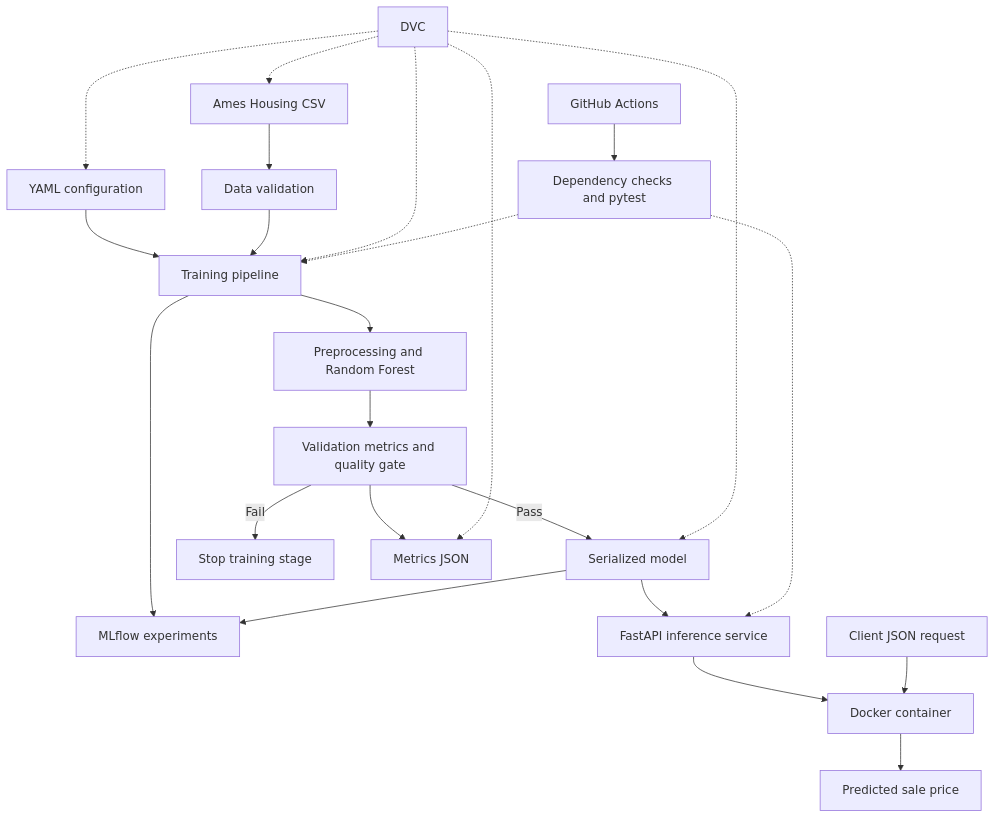
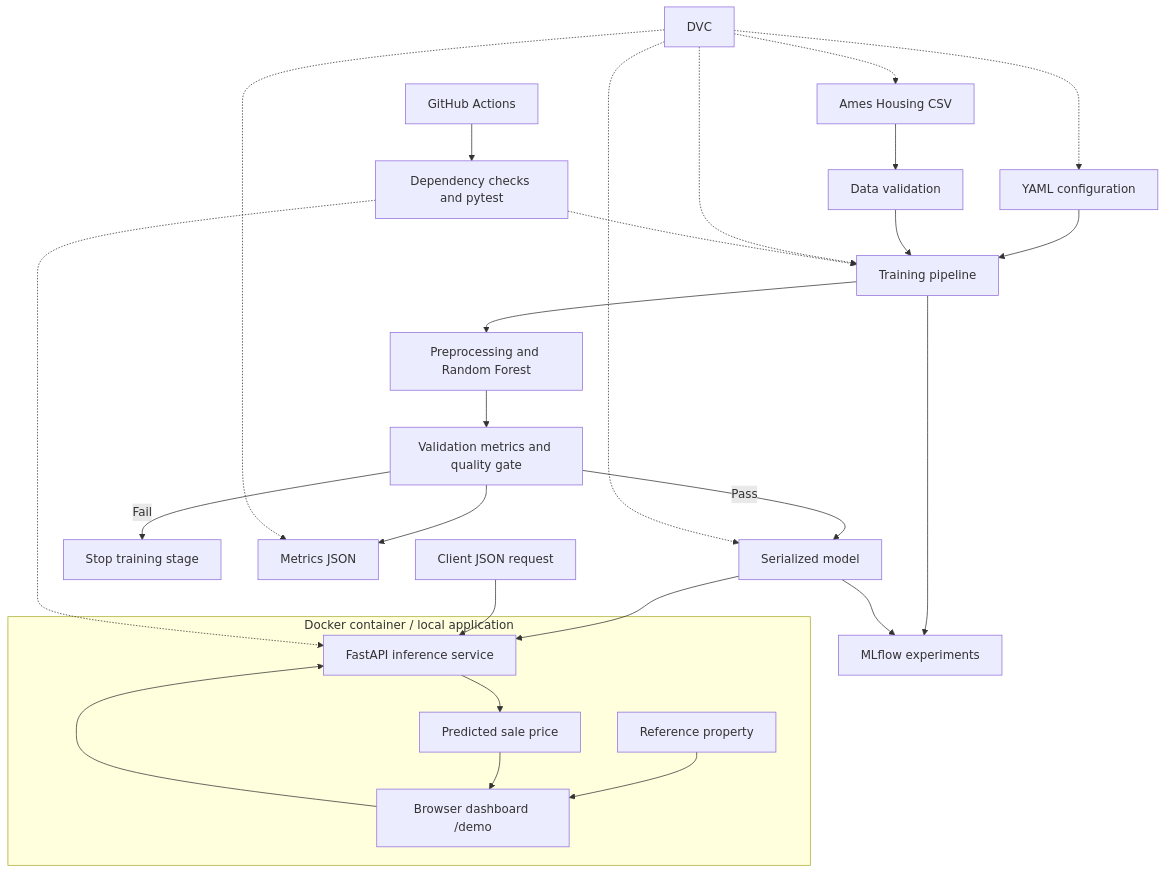
Before and after one commit to BuiltbyUjjwal/house-price-mlops: the diagram in README.md, drawn with Mermaid. The commit also changed other lines of this file, not shown here.

Commit message:
Update documentation with interactive prediction dashboard

````diff
--- a/README.md
+++ b/README.md
@@ -10,25 +14,29 @@
 ```mermaid
 flowchart TD
     A[Ames Housing CSV] --> B[Data validation]
     C[YAML configuration] --> D[Training pipeline]
     B --> D
     D --> E[Preprocessing and Random Forest]
     E --> F[Validation metrics and quality gate]
     F -->|Pass| G[Serialized model]
     F -->|Fail| H[Stop training stage]
     F --> I[Metrics JSON]
     D --> J[MLflow experiments]
     G --> J
-    G --> K[FastAPI inference service]
-    K --> L[Docker container]
-    M[Client JSON request] --> L
-    L --> N[Predicted sale price]
+    subgraph L[Docker container / local application]
+        U[Browser dashboard /demo] --> K[FastAPI inference service]
+        S[Reference property] --> U
+        K --> N[Predicted sale price]
+        N --> U
+    end
+    G --> K
+    M[Client JSON request] --> K
     O[DVC] -.-> A
     O -.-> C
     O -.-> D
     O -.-> G
     O -.-> I
     P[GitHub Actions] --> Q[Dependency checks and pytest]
     Q -.-> D
     Q -.-> K
 ```
````
